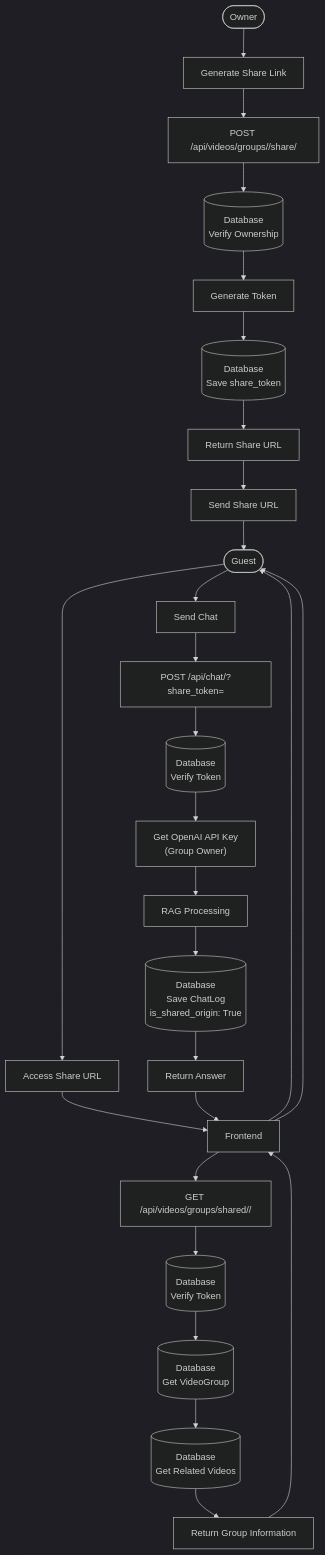
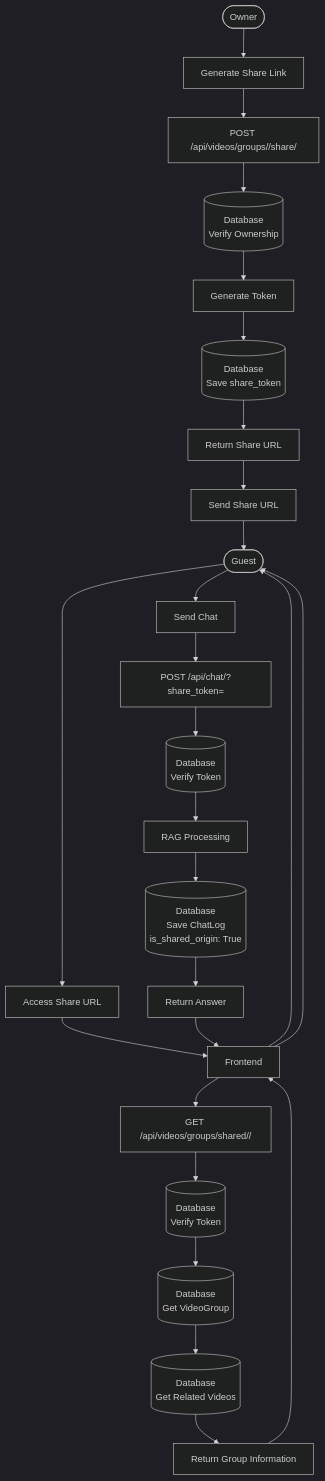
One commit to yukiharada1228/videoq changed the fourth of 6 diagrams in docs/database/data-flow-diagram.md. Above: the diagram before and after it, drawn with Mermaid (dark theme). The commit also changed other lines of this file and 11 other files, not shown here.

````diff
--- a/docs/database/data-flow-diagram.md
+++ b/docs/database/data-flow-diagram.md
@@ -125,32 +120,31 @@
 ```mermaid
 flowchart TD
     Start1([Owner]) --> Generate[Generate Share Link]
     Generate --> API1[POST /api/videos/groups/<id>/share/]
     API1 --> Validate1[(Database<br/>Verify Ownership)]
     Validate1 --> GenerateToken[Generate Token]
     GenerateToken --> SaveToken[(Database<br/>Save share_token)]
     SaveToken --> ReturnURL[Return Share URL]
     ReturnURL --> Share[Send Share URL]
     
     Share --> Guest([Guest])
     Guest --> Access[Access Share URL]
     Access --> Frontend[Frontend]
     Frontend --> API2[GET /api/videos/groups/shared/<token>/]
     
     API2 --> ValidateToken[(Database<br/>Verify Token)]
     ValidateToken --> GetGroup[(Database<br/>Get VideoGroup)]
     GetGroup --> GetVideos[(Database<br/>Get Related Videos)]
     GetVideos --> Response[Return Group Information]
     Response --> Frontend
     Frontend --> Guest
     
     Guest --> Chat[Send Chat]
     Chat --> API3[POST /api/chat/?share_token=<token>]
     API3 --> ValidateToken2[(Database<br/>Verify Token)]
-    ValidateToken2 --> GetAPIKey["Get OpenAI API Key<br/>(Group Owner)"]
-    GetAPIKey --> RAG[RAG Processing]
+    ValidateToken2 --> RAG[RAG Processing]
     RAG --> SaveLog[(Database<br/>Save ChatLog<br/>is_shared_origin: True)]
     SaveLog --> ReturnAnswer[Return Answer]
     ReturnAnswer --> Frontend
     Frontend --> Guest
 ```
````
